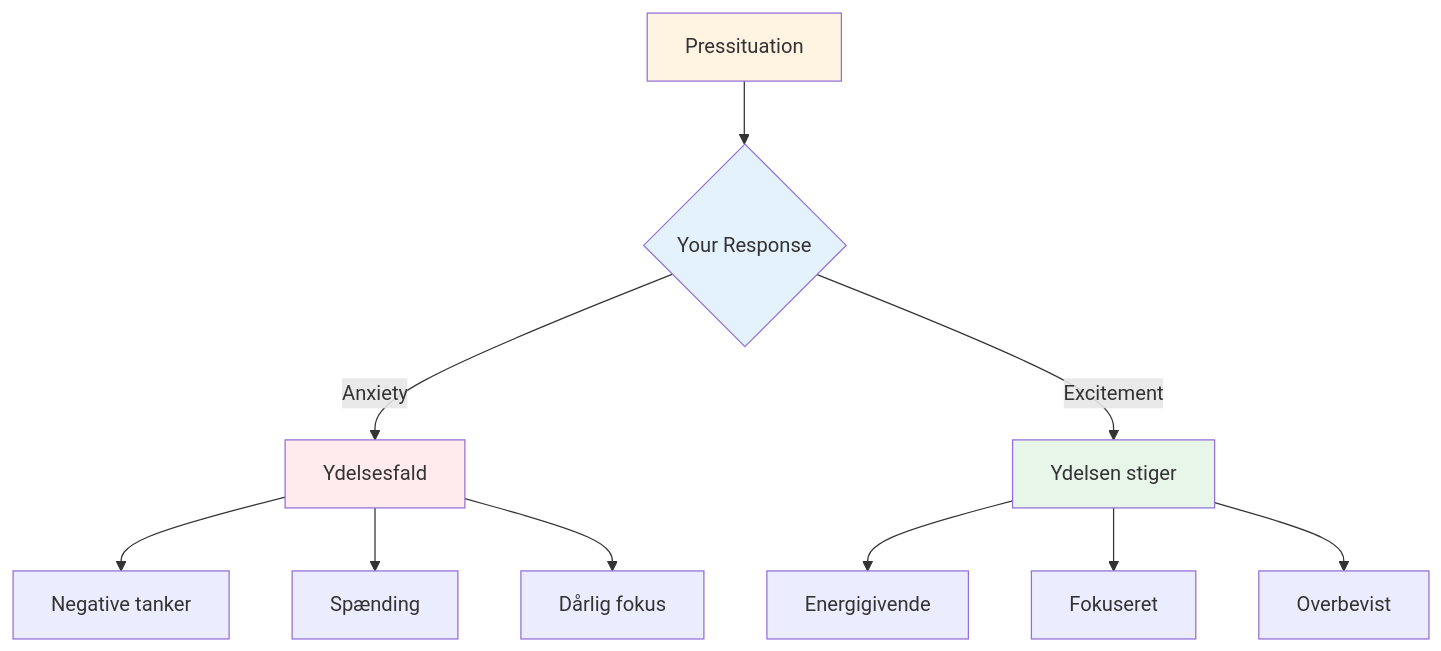
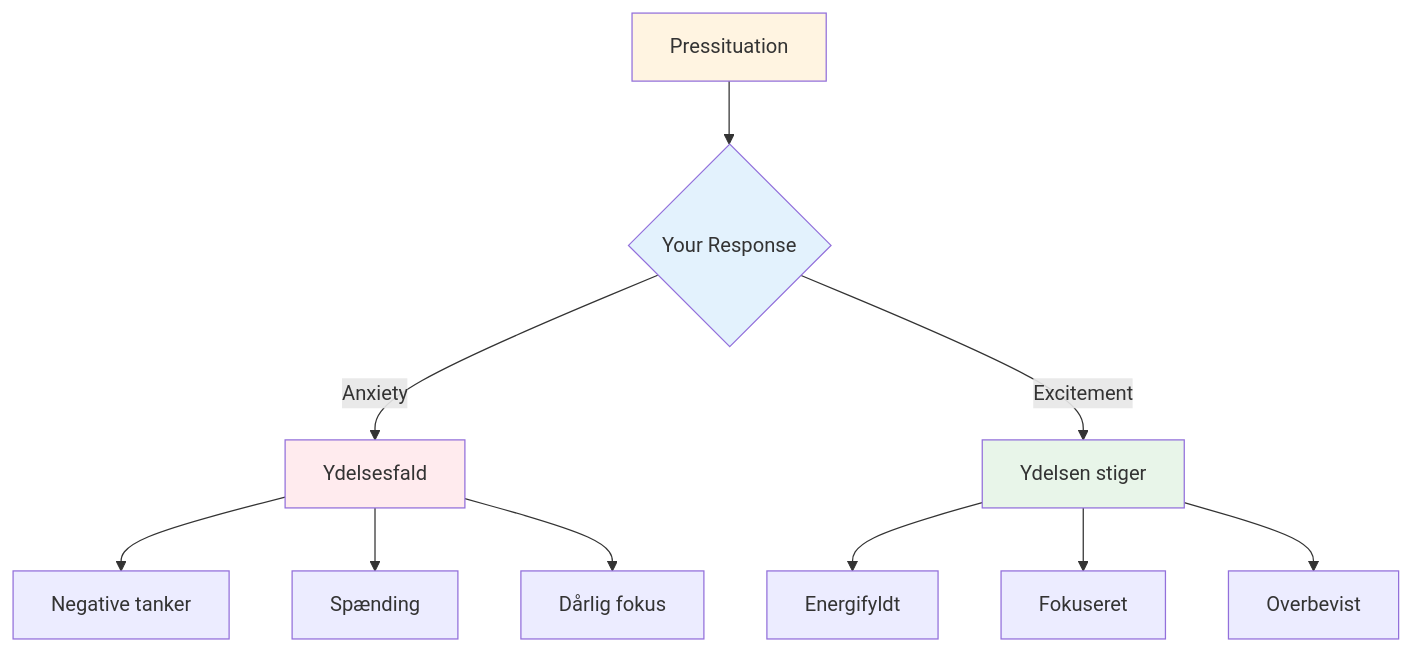
Before and after one commit to patwii/petanque-academy: the diagram in docs/da/education/mental-strength/handling-pressure.md, drawn with Mermaid. The commit also changed other lines of this file and 532 other files, not shown here.

````diff
--- a/docs/da/education/mental-strength/handling-pressure.md
+++ b/docs/da/education/mental-strength/handling-pressure.md
@@ -11,19 +11,19 @@
 ```mermaid
 graph TD
     A[Pressituation] --> B{Your Response}
     B -->|Anxiety| C[Ydelsesfald]
     B -->|Excitement| D[Ydelsen stiger]
 
     C --> E[Negative tanker]
     C --> F[Spænding]
     C --> G[Dårlig fokus]
 
-    D --> H[Energigivende]
+    D --> H[Energifyldt]
     D --> I[Fokuseret]
     D --> J[Overbevist]
 
     style A fill:#fff4e1
     style B fill:#e3f2fd
     style C fill:#ffebee
     style D fill:#e8f5e9
 ```
````
